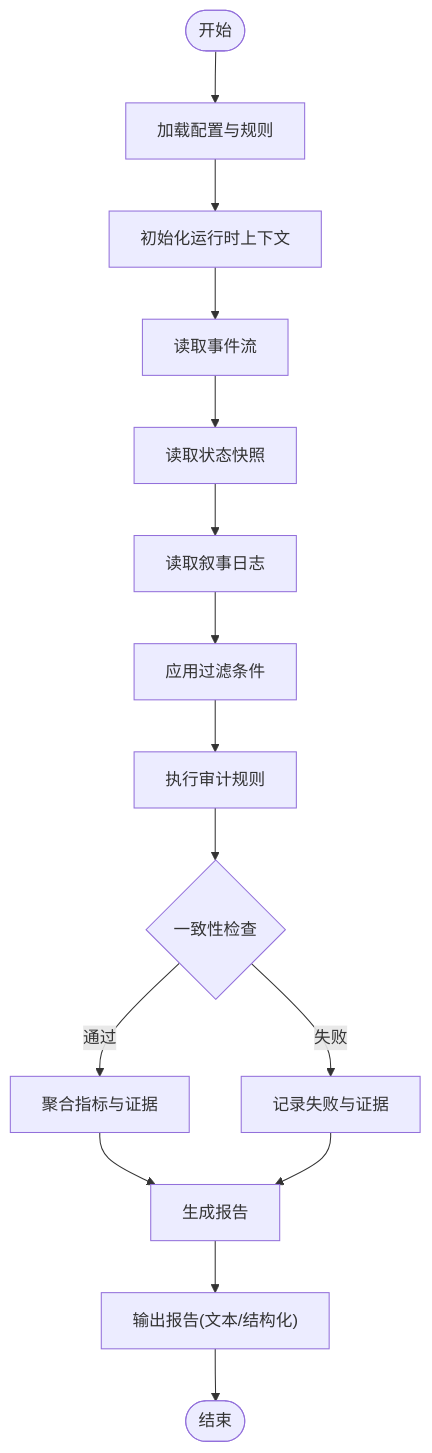
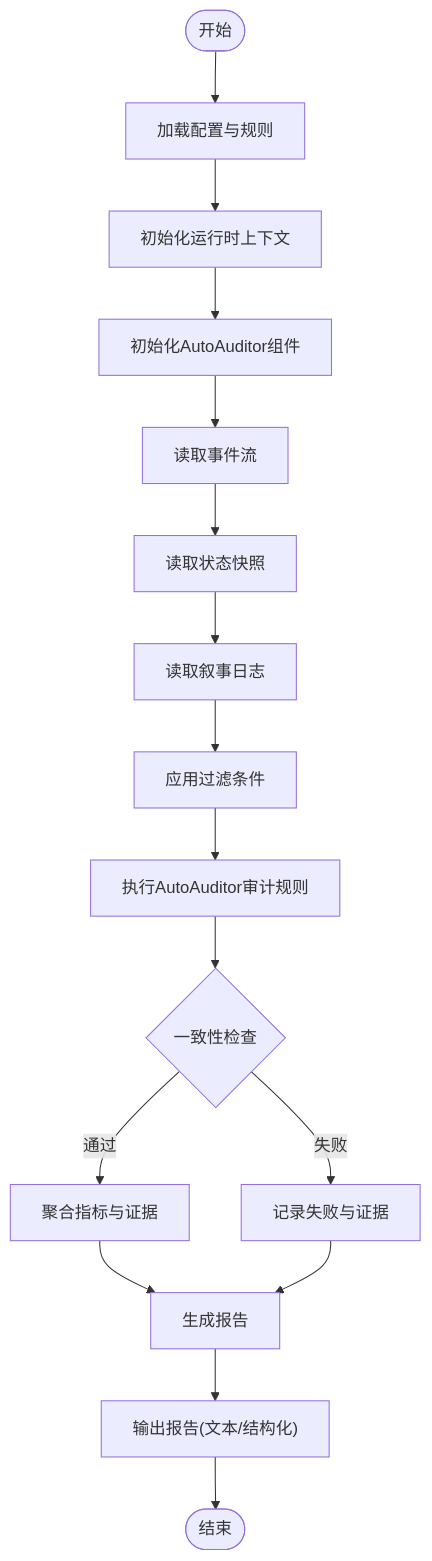
The third of 6 diagrams in .qoder/repowiki/zh/content/工具集/审计分析工具.md (Ivandanslespace/thegreatnovel), drawn with Mermaid before and after one commit. The commit also changed other lines of this file and 72 other files, not shown here.

````diff
--- a/.qoder/repowiki/zh/content/工具集/审计分析工具.md
+++ b/.qoder/repowiki/zh/content/工具集/审计分析工具.md
@@ -168,17 +191,18 @@
 ```mermaid
 flowchart TD
 Start(["开始"]) --> LoadCfg["加载配置与规则"]
 LoadCfg --> InitRT["初始化运行时上下文"]
-InitRT --> ReadEvents["读取事件流"]
+InitRT --> InitAutoAuditor["初始化AutoAuditor组件"]
+InitAutoAuditor --> ReadEvents["读取事件流"]
 ReadEvents --> ReadState["读取状态快照"]
 ReadState --> ReadLog["读取叙事日志"]
 ReadLog --> Filter["应用过滤条件"]
-Filter --> AuditRules["执行审计规则"]
-AuditRules --> CheckConsistency{"一致性检查"}
+Filter --> AutoAudit["执行AutoAuditor审计规则"]
+AutoAudit --> CheckConsistency{"一致性检查"}
 CheckConsistency --> |通过| Aggregate["聚合指标与证据"]
 CheckConsistency --> |失败| RecordFail["记录失败与证据"]
 Aggregate --> GenerateReport["生成报告"]
 RecordFail --> GenerateReport
 GenerateReport --> Output["输出报告(文本/结构化)"]
 Output --> End(["结束"])
 ```
````
